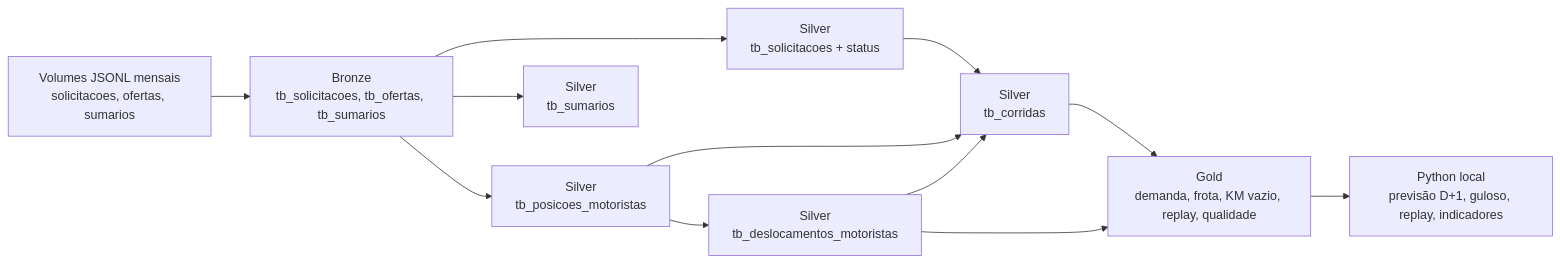
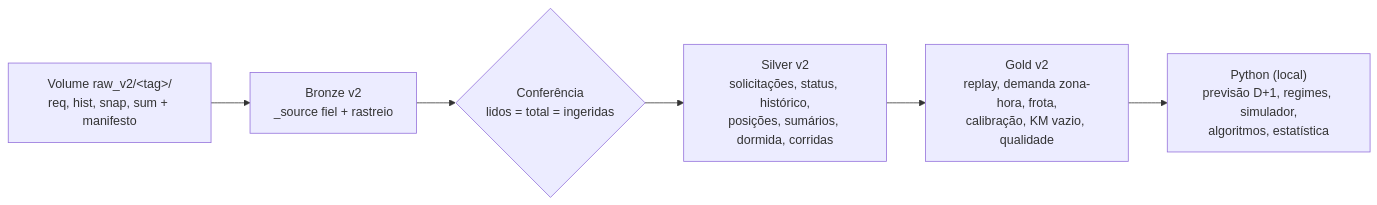
One commit to tonyzinh/tcc-otimizacao-frota changed the diagram in docs/databricks_medalhao.md. Above: the diagram before and after it, drawn with Mermaid. The commit also changed other lines of this file and 5 other files, not shown here.

````diff
--- a/docs/databricks_medalhao.md
+++ b/docs/databricks_medalhao.md
@@ -5,14 +7,8 @@
 ```mermaid
 flowchart LR
-    V["Volumes JSONL mensais<br/>solicitacoes, ofertas, sumarios"] --> B["Bronze<br/>tb_solicitacoes, tb_ofertas, tb_sumarios"]
-    B --> S1["Silver<br/>tb_solicitacoes + status"]
-    B --> S2["Silver<br/>tb_posicoes_motoristas"]
-    S2 --> S3["Silver<br/>tb_deslocamentos_motoristas"]
-    B --> S4["Silver<br/>tb_sumarios"]
-    S1 --> S5["Silver<br/>tb_corridas"]
-    S2 --> S5
-    S3 --> S5
-    S5 --> G["Gold<br/>demanda, frota, KM vazio, replay, qualidade"]
-    S3 --> G
-    G --> P["Python local<br/>previsão D+1, guloso, replay, indicadores"]
+    V["Volume raw_v2/&lt;tag&gt;/<br/>req, hist, snap, sum + manifesto"] --> B["Bronze v2<br/>_source fiel + rastreio"]
+    B --> C{"Conferência<br/>lidos = total = ingeridas"}
+    C --> S["Silver v2<br/>solicitações, status, histórico,<br/>posições, sumários, dormida, corridas"]
+    S --> G["Gold v2<br/>replay, demanda zona-hora, frota,<br/>calibração, KM vazio, qualidade"]
+    G --> P["Python (local)<br/>previsão D+1, regimes, simulador,<br/>algoritmos, estatística"]
 ```
````
